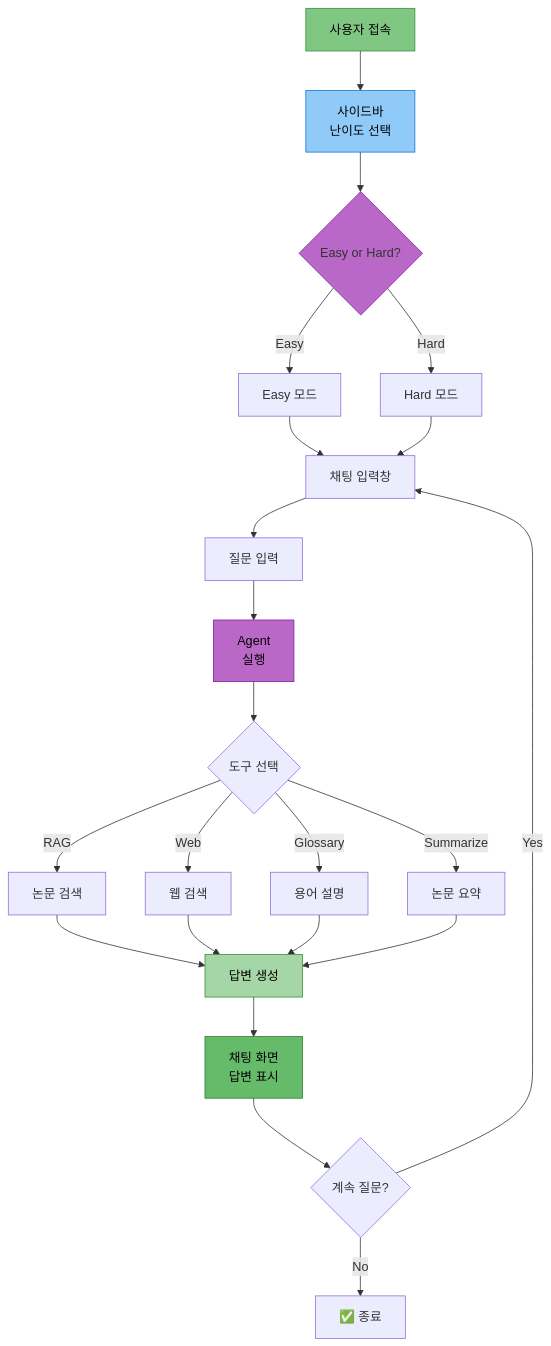
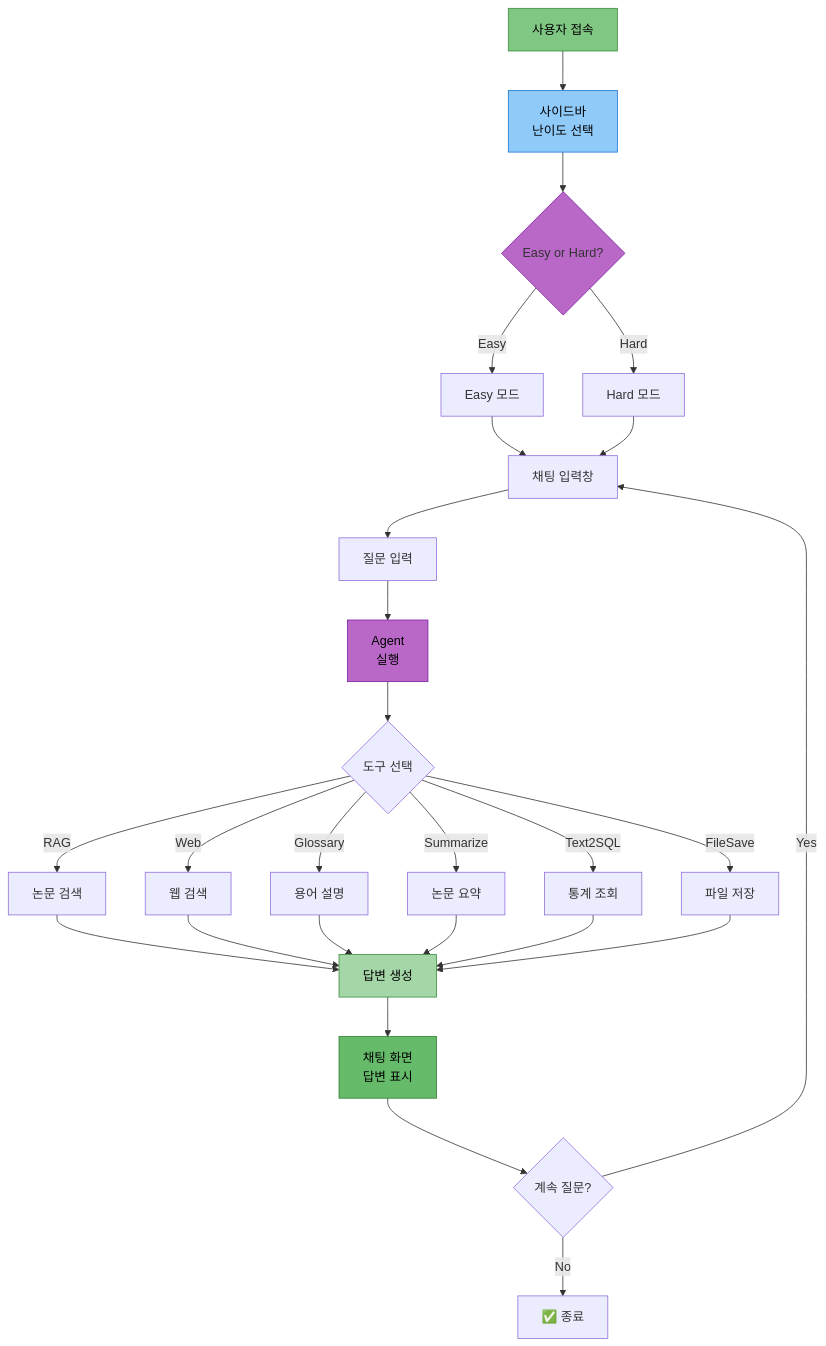
One commit to AIBootcamp14/langchainproject-new-langchainproject_5 changed the first of 2 diagrams in docs/roles/담당역할_01-3_최현화_Streamlit_UI_구현.md. Above: the diagram before and after it, drawn with Mermaid.

Commit message:
docs: Streamlit UI 워크플로우에 Text-to-SQL 및 파일저장 도구 추가

````diff
--- a/docs/roles/담당역할_01-3_최현화_Streamlit_UI_구현.md
+++ b/docs/roles/담당역할_01-3_최현화_Streamlit_UI_구현.md
@@ -70,36 +70,40 @@
 ```mermaid
 graph TB
     A[사용자 접속] --> B[사이드바<br/>난이도 선택]
     B --> C{Easy or Hard?}
     C -->|Easy| D1[Easy 모드]
     C -->|Hard| D2[Hard 모드]
 
     D1 --> E[채팅 입력창]
     D2 --> E
 
     E --> F[질문 입력]
     F --> G[Agent<br/>실행]
 
     G --> H{도구 선택}
     H -->|RAG| I1[논문 검색]
     H -->|Web| I2[웹 검색]
     H -->|Glossary| I3[용어 설명]
     H -->|Summarize| I4[논문 요약]
+    H -->|Text2SQL| I5[통계 조회]
+    H -->|FileSave| I6[파일 저장]
 
     I1 --> J[답변 생성]
     I2 --> J
     I3 --> J
     I4 --> J
+    I5 --> J
+    I6 --> J
 
     J --> K[채팅 화면<br/>답변 표시]
     K --> L{계속 질문?}
     L -->|Yes| E
     L -->|No| M[✅ 종료]
 
     style A fill:#81c784,stroke:#388e3c,color:#000
     style B fill:#90caf9,stroke:#1976d2,color:#000
     style C fill:#ba68c8,stroke:#7b1fa2
     style G fill:#ba68c8,stroke:#7b1fa2,color:#000
     style J fill:#a5d6a7,stroke:#388e3c,color:#000
     style K fill:#66bb6a,stroke:#2e7d32,color:#000
 ```
````
